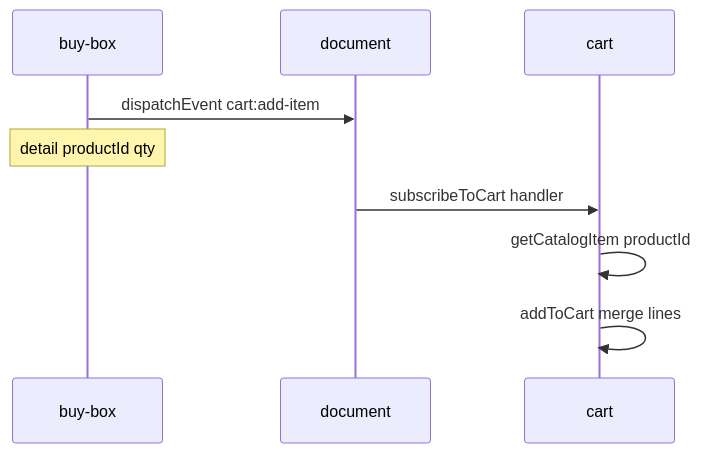
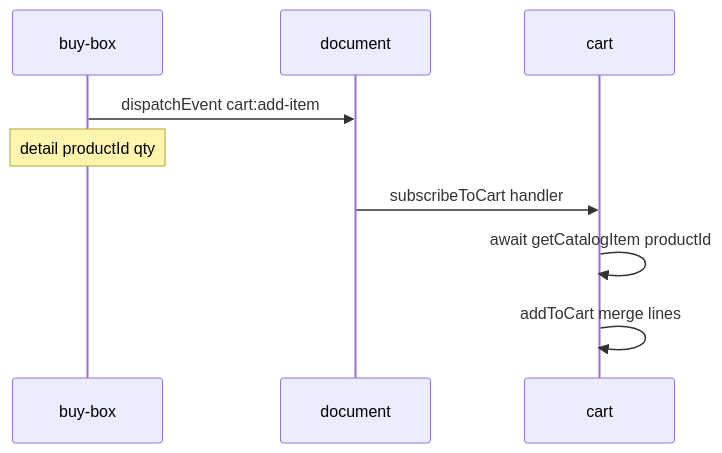
Before and after one commit to TrevelinT/mba-modular-monolith: the first of 2 diagrams in .cursor/rules/project-guidelines.mdc, drawn with Mermaid. The commit also changed other lines of this file and 5 other files, not shown here.

````diff
--- a/.cursor/rules/project-guidelines.mdc
+++ b/.cursor/rules/project-guidelines.mdc
@@ -70,11 +70,11 @@
 ```mermaid
 sequenceDiagram
   participant BuyBox as buy-box
   participant Doc as document
   participant Cart as cart
   BuyBox->>Doc: dispatchEvent cart:add-item
   Note over BuyBox: detail productId qty
   Doc->>Cart: subscribeToCart handler
-  Cart->>Cart: getCatalogItem productId
+  Cart->>Cart: await getCatalogItem productId
   Cart->>Cart: addToCart merge lines
 ```
````
